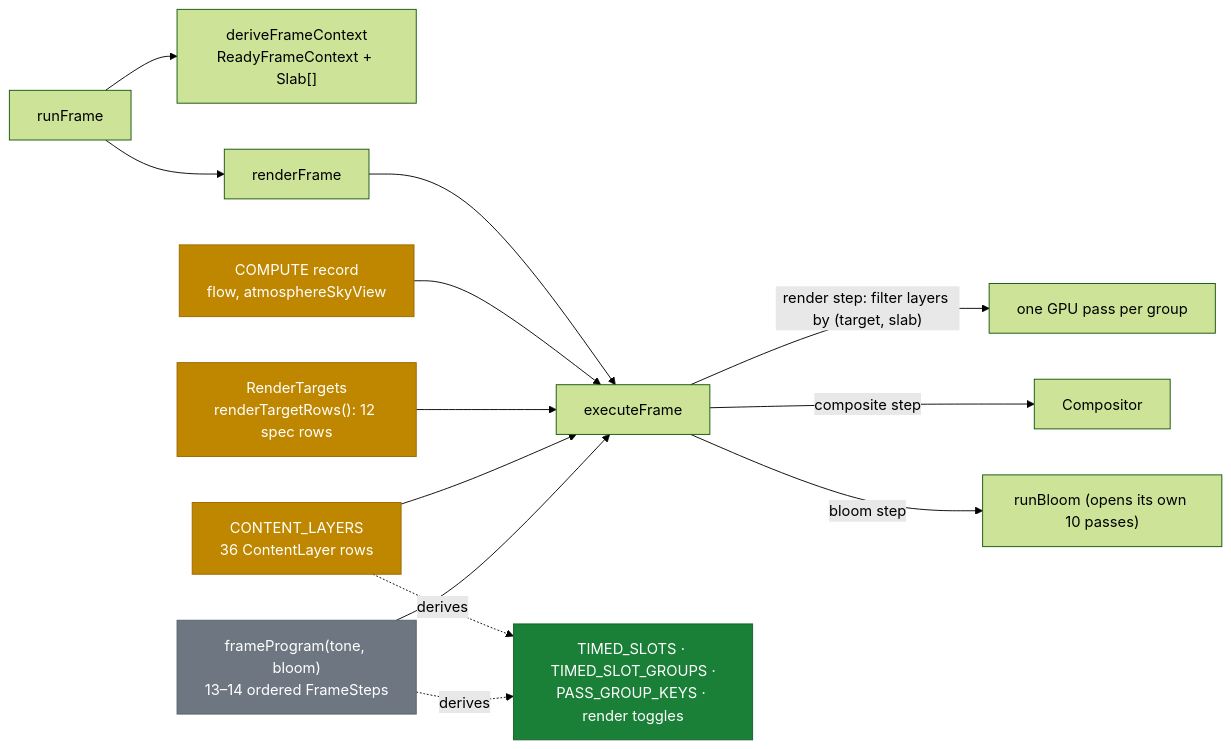
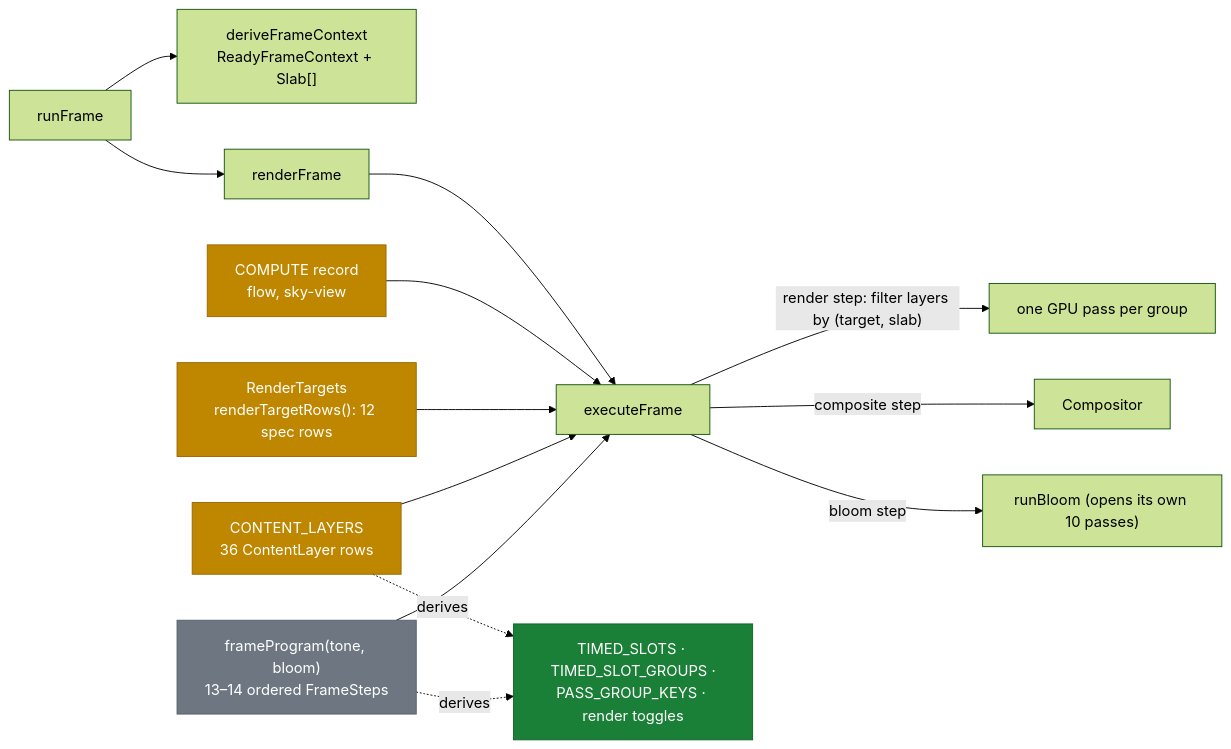
One commit to rulkens/skymap changed the second of 5 diagrams in docs/research/engine/current-contracts-map.md. Above: the diagram before and after it, drawn with Mermaid (forest theme). The commit also changed 21 other files, not shown here.

````diff
--- a/docs/research/engine/current-contracts-map.md
+++ b/docs/research/engine/current-contracts-map.md
@@ -56,21 +56,21 @@
 ```mermaid
 flowchart LR
     RF["runFrame"] --> CTX["deriveFrameContext<br/>ReadyFrameContext + Slab[]"]
     RF --> RD["renderFrame"]
     FP["frameProgram(tone, bloom)<br/>13–14 ordered FrameSteps"] --> EX["executeFrame"]
     CL["CONTENT_LAYERS<br/>36 ContentLayer rows"] --> EX
     RT["RenderTargets<br/>renderTargetRows(): 12 spec rows"] --> EX
-    CR["COMPUTE record<br/>flow, atmosphereSkyView"] --> EX
+    CR["COMPUTE record<br/>flow, sky-view"] --> EX
     RD --> EX
     EX -->|"render step: filter layers by (target, slab)"| PASS["one GPU pass per group"]
     EX -->|"composite step"| CMP["Compositor"]
     EX -->|"bloom step"| BLM["runBloom (opens its own 10 passes)"]
     FP -.derives.-> TS["TIMED_SLOTS · TIMED_SLOT_GROUPS ·<br/>PASS_GROUP_KEYS · render toggles"]
     CL -.derives.-> TS
     classDef good fill:#1a7f37,stroke:#116329,color:#ffffff
     classDef warn fill:#bf8700,stroke:#9a6700,color:#ffffff
     classDef out fill:#6e7781,stroke:#57606a,color:#ffffff
     class TS good
     class CL,RT,CR warn
     class FP out
 ```
````
